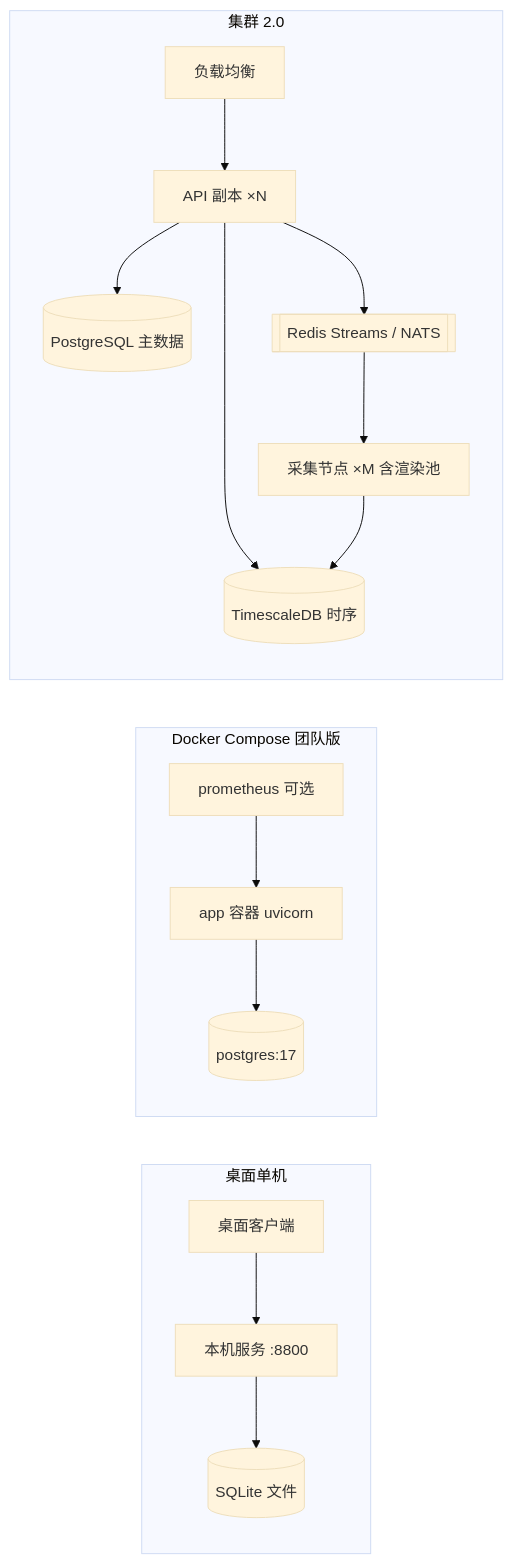
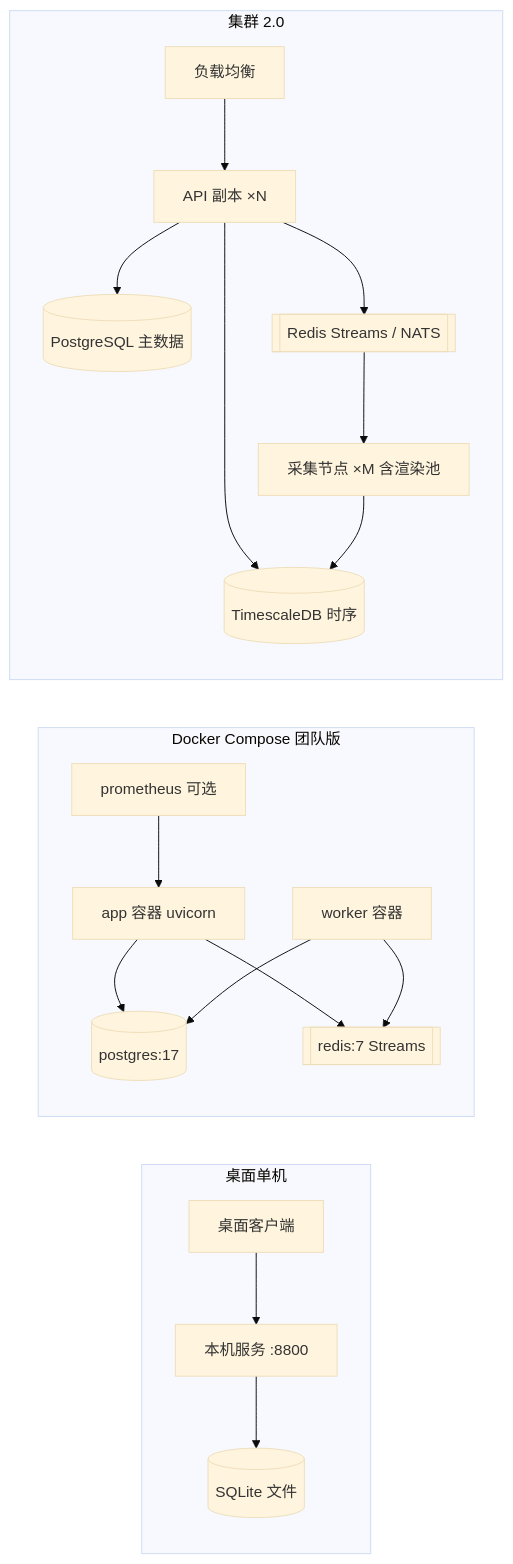
One commit to gatesenman/pricehub changed the sixth of 6 diagrams in docs/ARCHITECTURE.md. Above: the diagram before and after it, drawn with Mermaid (base theme). The commit also changed other lines of this file and 5 other files, not shown here.

````diff
--- a/docs/ARCHITECTURE.md
+++ b/docs/ARCHITECTURE.md
@@ -226,18 +242,21 @@
 ```mermaid
 flowchart LR
   subgraph 桌面单机
     DC[桌面客户端] --> LS[本机服务 :8800] --> SQ[(SQLite 文件)]
   end
   subgraph Docker Compose 团队版
     APP[app 容器 uvicorn] --> PGC[(postgres:17)]
+    APP --> RD[[redis:7 Streams]]
+    WKR[worker 容器] --> RD
+    WKR --> PGC
     PR[prometheus 可选] --> APP
   end
   subgraph 集群 2.0
     LB[负载均衡] --> A1[API 副本 ×N]
     A1 --> PGM[(PostgreSQL 主数据)]
     A1 --> TS[(TimescaleDB 时序)]
     A1 --> MQ[[Redis Streams / NATS]]
     MQ --> WK[采集节点 ×M 含渲染池]
     WK --> TS
   end
 ```
````
